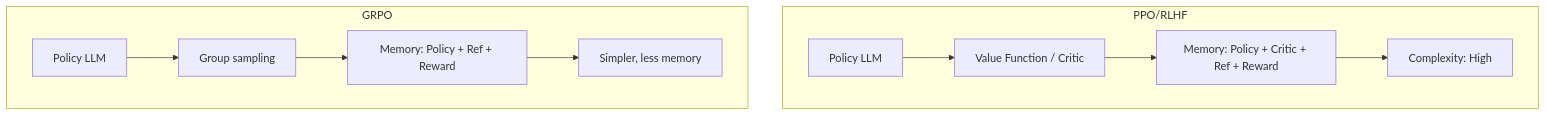
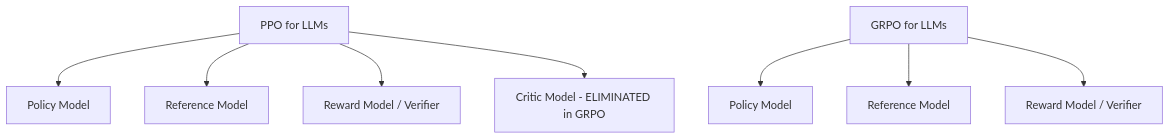
Before and after one commit to vanos001/placement_prep: the first of 4 diagrams in src/ml/rl/grpo.md, drawn with Mermaid. The commit also changed other lines of this file and 13 other files, not shown here.

````diff
--- a/src/ml/rl/grpo.md
+++ b/src/ml/rl/grpo.md
@@ -55,14 +17,11 @@
 ```mermaid
 graph TD
-    subgraph "PPO/RLHF"
-        P1[Policy LLM] --> P2[Value Function / Critic]
-        P2 --> P3["Memory: Policy + Critic + Ref + Reward"]
-        P3 --> P4["Complexity: High"]
-    end
+    A[PPO for LLMs] --> B[Policy Model]
+    A --> C[Reference Model]
+    A --> D[Reward Model / Verifier]
+    A --> E[Critic Model - ELIMINATED in GRPO]
     
-    subgraph "GRPO"
-        G1[Policy LLM] --> G2[Group sampling]
-        G2 --> G3["Memory: Policy + Ref + Reward"]
-        G3 --> G4["Simpler, less memory"]
-    end
+    F[GRPO for LLMs] --> G[Policy Model]
+    F --> H[Reference Model]
+    F --> I[Reward Model / Verifier]
 ```
````
